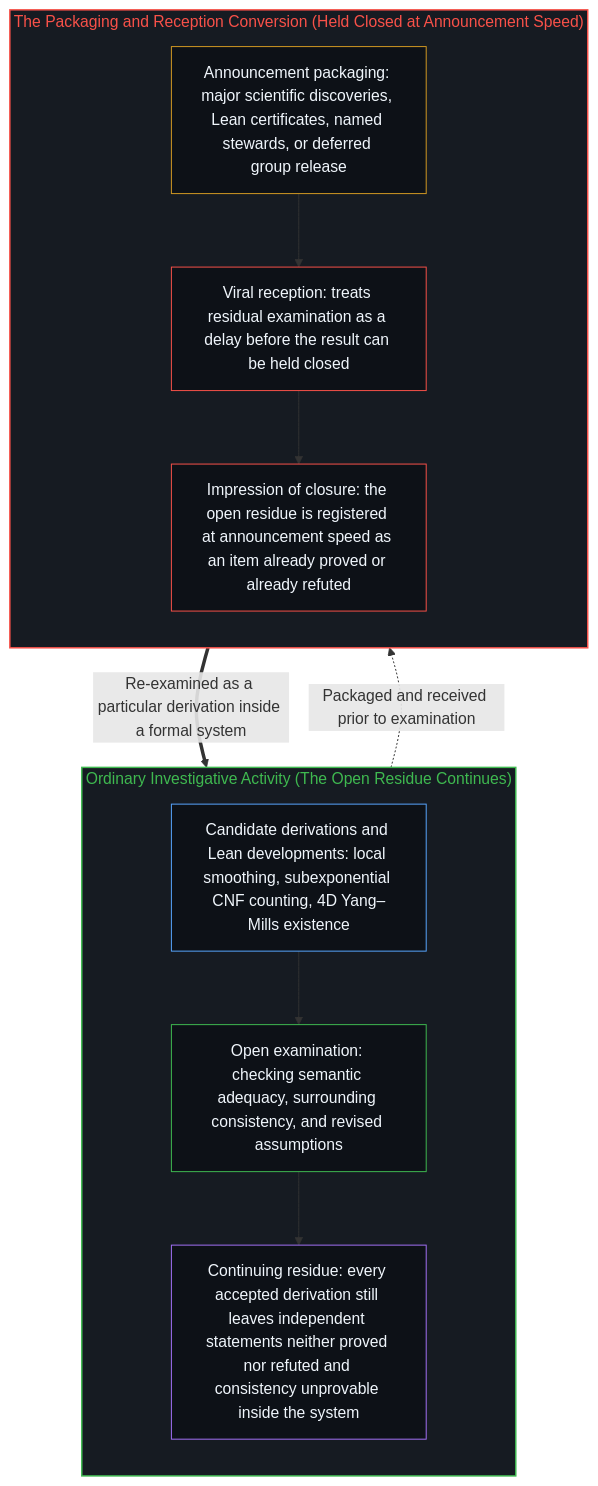
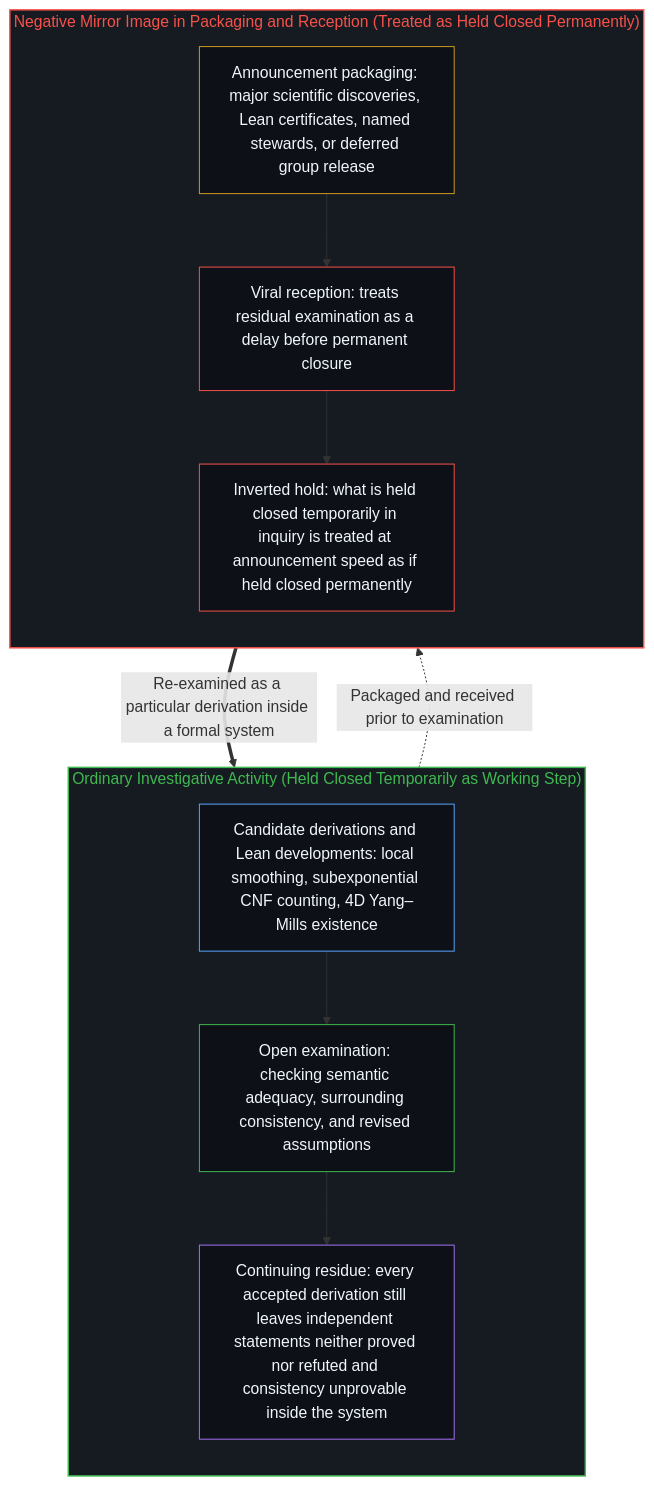
Before and after one commit to powerpig99/not-a-toe: the second of 4 diagrams in content/posts/incompleteness-exhibited-twice.md, drawn with Mermaid. The commit also changed other lines of this file and 3 other files, not shown here.

Commit message:
Rectify Post #411: certainty of uncertainty & mirror-image direct vs. negative expressions of incompleteness

````diff
--- a/content/posts/incompleteness-exhibited-twice.md
+++ b/content/posts/incompleteness-exhibited-twice.md
@@ -65,27 +65,27 @@
 ```mermaid
 flowchart TD
-    subgraph S_Open["Ordinary Investigative Activity (The Open Residue Continues)"]
+    subgraph S_Open["Ordinary Investigative Activity (Held Closed Temporarily as Working Step)"]
         direction TB
         Cand["Candidate derivations and Lean developments: local smoothing, subexponential CNF counting, 4D Yang–Mills existence"]
         Exam["Open examination: checking semantic adequacy, surrounding consistency, and revised assumptions"]
         Cont["Continuing residue: every accepted derivation still leaves independent statements neither proved nor refuted and consistency unprovable inside the system"]
         Cand --> Exam --> Cont
     end
-    subgraph S_Conv["The Packaging and Reception Conversion (Held Closed at Announcement Speed)"]
+    subgraph S_Conv["Negative Mirror Image in Packaging and Reception (Treated as Held Closed Permanently)"]
         direction TB
         Pack["Announcement packaging: major scientific discoveries, Lean certificates, named stewards, or deferred group release"]
-        Delay["Viral reception: treats residual examination as a delay before the result can be held closed"]
-        Hold["Impression of closure: the open residue is registered at announcement speed as an item already proved or already refuted"]
+        Delay["Viral reception: treats residual examination as a delay before permanent closure"]
+        Hold["Inverted hold: what is held closed temporarily in inquiry is treated at announcement speed as if held closed permanently"]
         Pack --> Delay --> Hold
     end
     Cand -.->|"Packaged and received prior to examination"| Pack
     Hold ==>|"Re-examined as a particular derivation inside a formal system"| Exam
     style S_Open fill:#161b22,stroke:#3fb950,stroke-width:1.5px,color:#3fb950
     style S_Conv fill:#161b22,stroke:#f85149,stroke-width:1.5px,color:#f85149
     style Cand fill:#0d1117,stroke:#58a6ff,stroke-width:1px,color:#f0f6fc
     style Exam fill:#0d1117,stroke:#3fb950,stroke-width:1px,color:#f0f6fc
     style Cont fill:#0d1117,stroke:#a371f7,stroke-width:1px,color:#f0f6fc
     style Pack fill:#0d1117,stroke:#d29922,stroke-width:1px,color:#f0f6fc
     style Delay fill:#0d1117,stroke:#f85149,stroke-width:1px,color:#f0f6fc
     style Hold fill:#0d1117,stroke:#f85149,stroke-width:1px,color:#f0f6fc
 ```
````
